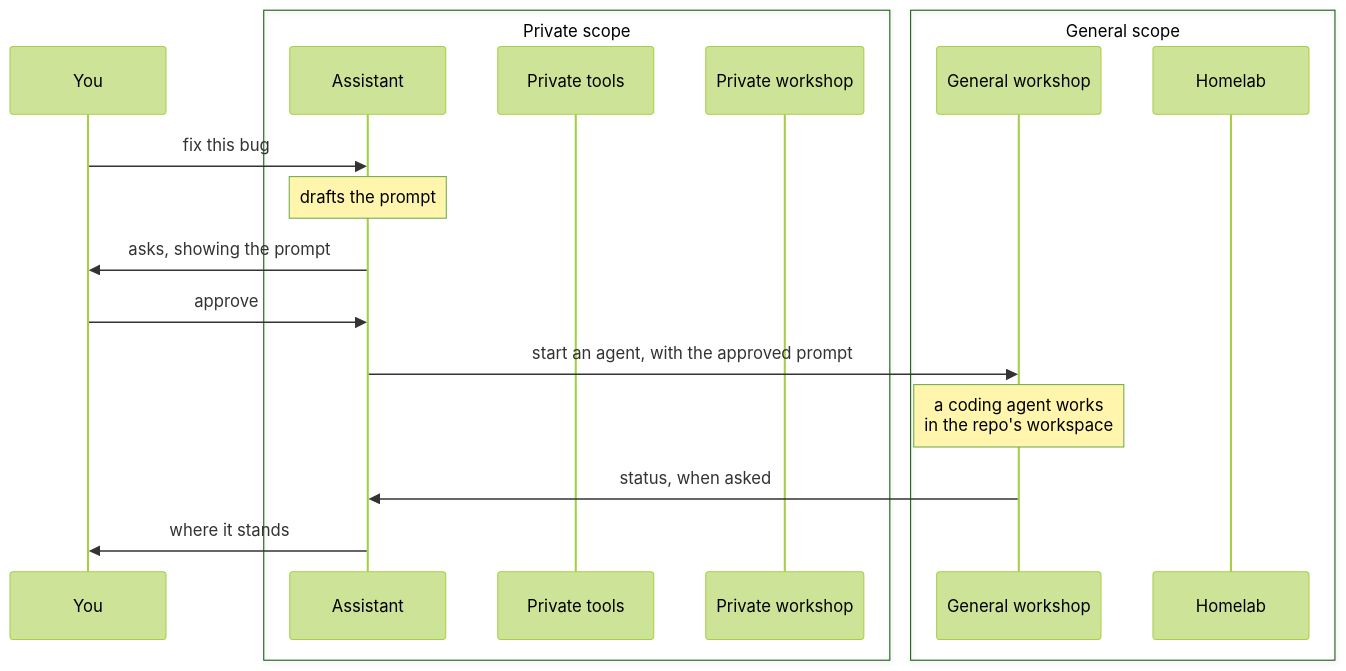
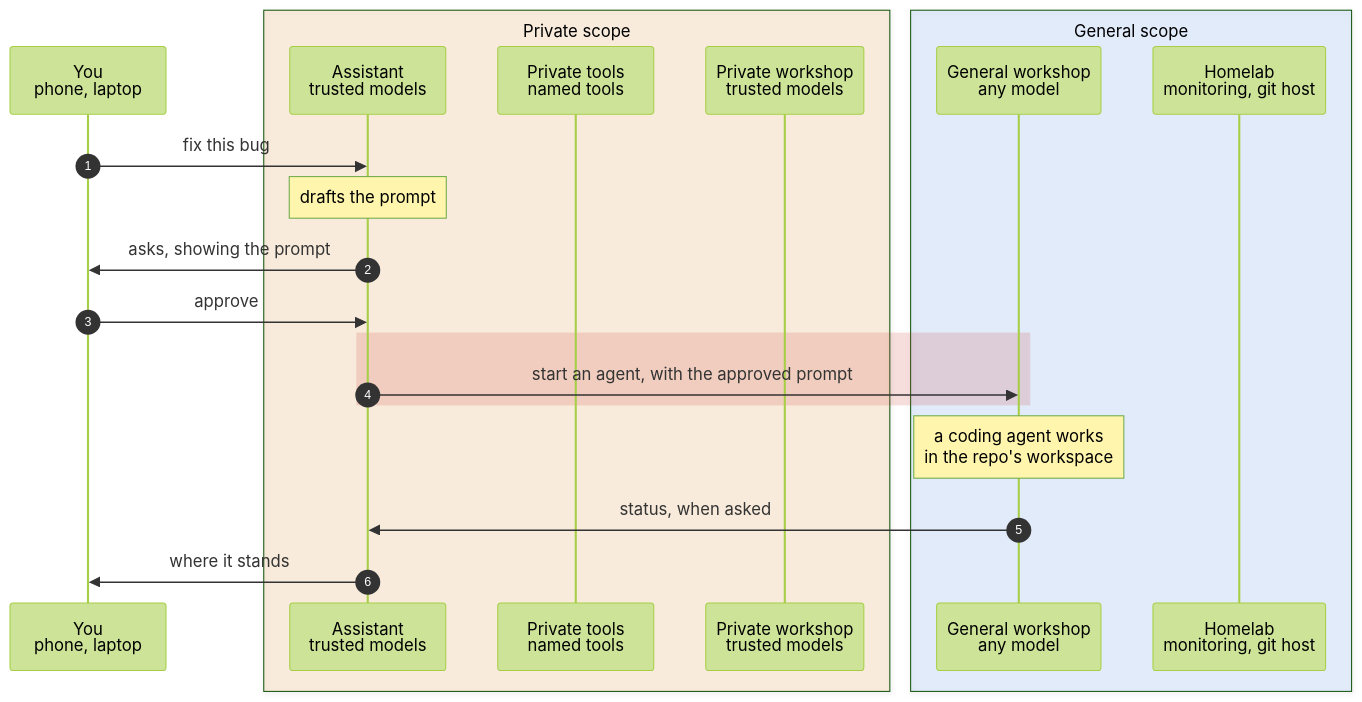
Before and after one commit to h-wb/home-ops: the fourth of 8 diagrams in kubernetes/apps/main/llm/docs/flows.md, drawn with Mermaid (forest theme). The commit also changed other lines of this file and 26 other files, not shown here.

````diff
--- a/kubernetes/apps/main/llm/docs/flows.md
+++ b/kubernetes/apps/main/llm/docs/flows.md
@@ -155,21 +132,24 @@
 ```mermaid
 sequenceDiagram
-    participant Y as You
-    box Private scope
-        participant H as Assistant
-        participant T as Private tools
-        participant P as Private workshop
+    autonumber
+    participant Y as You<br/>phone, laptop
+    box rgba(240,170,82,0.18) Private scope
+        participant H as Assistant<br/>trusted models
+        participant T as Private tools<br/>named tools
+        participant P as Private workshop<br/>trusted models
     end
-    box General scope
-        participant G as General workshop
-        participant X as Homelab
+    box rgba(120,174,252,0.18) General scope
+        participant G as General workshop<br/>any model
+        participant X as Homelab<br/>monitoring, git host
     end
     Y->>H: fix this bug
     Note over H: drafts the prompt
     H->>Y: asks, showing the prompt
     Y->>H: approve
-    H->>G: start an agent, with the approved prompt
+    rect rgba(192,39,29,0.15)
+        H->>G: start an agent, with the approved prompt
+    end
     Note over G: a coding agent works<br/>in the repo's workspace
     G->>H: status, when asked
     H->>Y: where it stands
 ```
````
